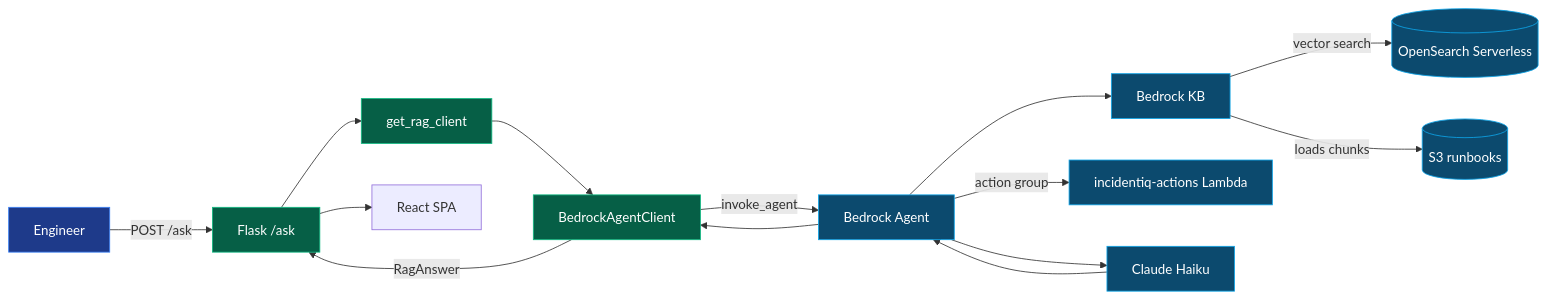
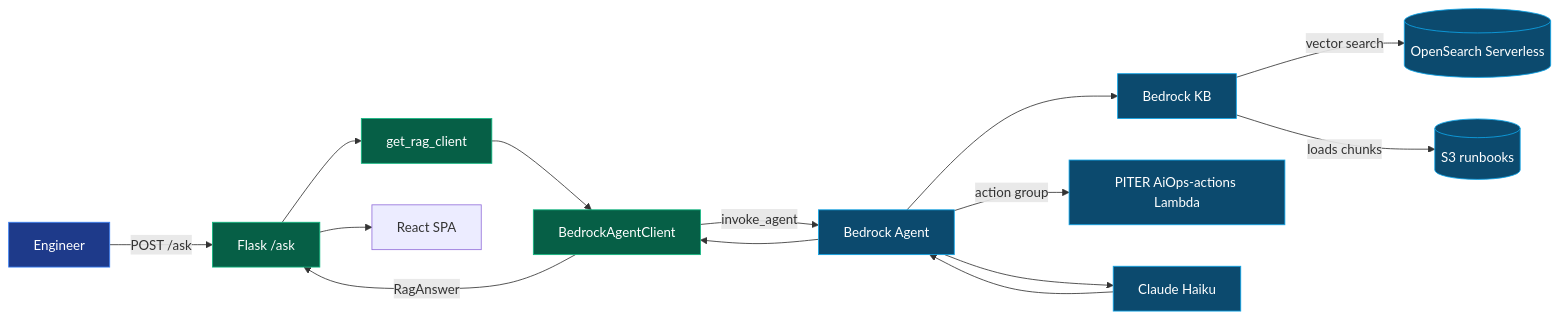
One commit to reem-mor/ai-engineering-portfolio changed the second of 2 diagrams in projects/piter-aiops/docs/architecture.md. Above: the diagram before and after it, drawn with Mermaid. The commit also changed other lines of this file and 96 other files, not shown here.

First line of the commit message:
Refactor project to PITER AiOps branding and update configurations

````diff
--- a/projects/piter-aiops/docs/architecture.md
+++ b/projects/piter-aiops/docs/architecture.md
@@ -19,23 +33,23 @@
 ```mermaid
 flowchart LR
   user["Engineer"] -->|"POST /ask"| flask["Flask /ask"]
   flask --> factory["get_rag_client"]
   factory --> agent["BedrockAgentClient"]
   agent -->|"invoke_agent"| bedrockAgent["Bedrock Agent"]
   bedrockAgent --> kb["Bedrock KB"]
-  bedrockAgent -->|"action group"| lambda["incidentiq-actions Lambda"]
+  bedrockAgent -->|"action group"| lambda["PITER AiOps-actions Lambda"]
   kb -->|"vector search"| oss[("OpenSearch Serverless")]
   kb -->|"loads chunks"| s3[("S3 runbooks")]
   bedrockAgent --> llm["Claude Haiku"]
   llm --> bedrockAgent
   bedrockAgent --> agent
   agent -->|"RagAnswer"| flask
   flask --> ui["React SPA"]
 
   classDef aws fill:#0c4a6e,stroke:#0ea5e9,color:#fff
   classDef app fill:#065f46,stroke:#10b981,color:#fff
   classDef user fill:#1e3a8a,stroke:#3b82f6,color:#fff
   class flask,factory,agent app
   class bedrockAgent,kb,oss,s3,llm,lambda aws
   class user user
 ```
````
